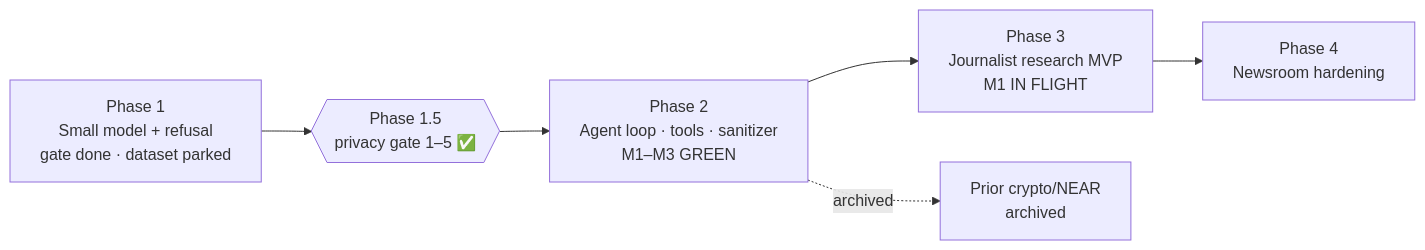
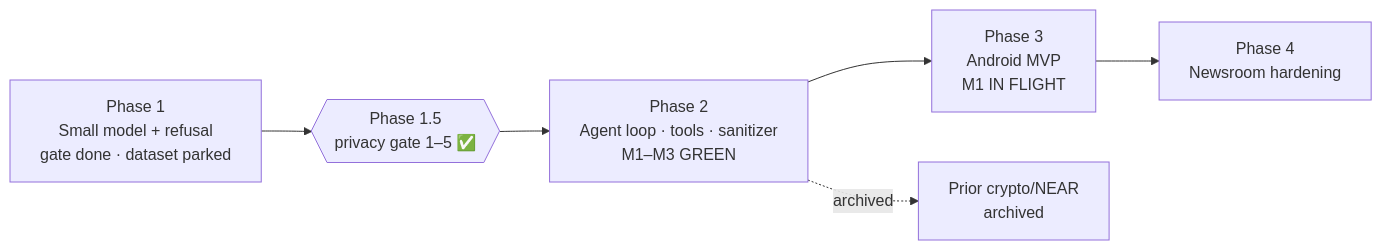
One commit to 9lordisgod/salomon changed the diagram in ROADMAP.md. Above: the diagram before and after it, drawn with Mermaid. The commit also changed other lines of this file and 3 other files, not shown here.

Commit message:
docs: Android primary — README niche STATUS ROADMAP

````diff
--- a/ROADMAP.md
+++ b/ROADMAP.md
@@ -6,8 +6,8 @@
 ```mermaid
 flowchart LR
   P1[Phase 1<br/>Small model + refusal<br/>gate done · dataset parked] --> G{{Phase 1.5<br/>privacy gate 1–5 ✅}}
   G --> P2[Phase 2<br/>Agent loop · tools · sanitizer<br/>M1–M3 GREEN]
-  P2 --> P3[Phase 3<br/>Journalist research MVP<br/>M1 IN FLIGHT]
+  P2 --> P3[Phase 3<br/>Android MVP<br/>M1 IN FLIGHT]
   P3 --> P4[Phase 4<br/>Newsroom hardening]
   P2 -.archived.-> X[Prior crypto/NEAR<br/>archived]
 ```
````
